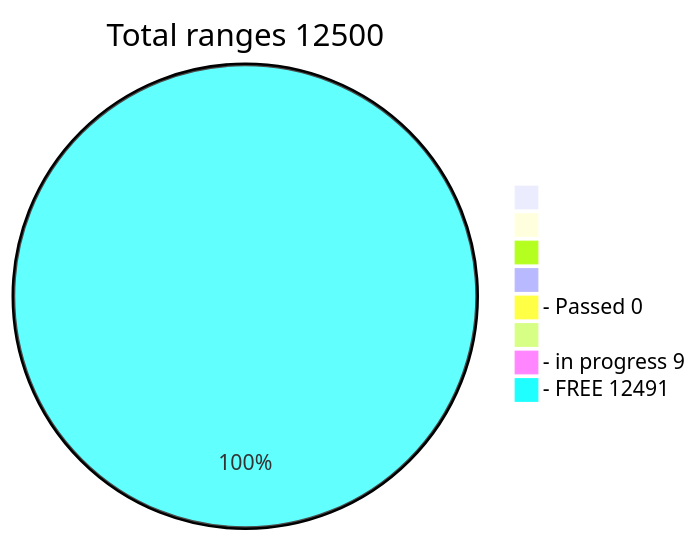
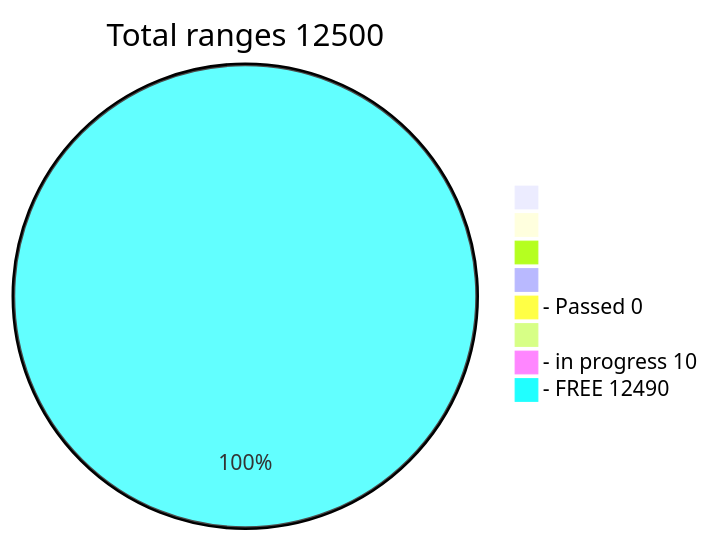
One commit to phrutis/Passphrases changed the diagram in README.md. Above: the diagram before and after it, drawn with Mermaid.

````diff
--- a/README.md
+++ b/README.md
@@ -3,12 +3,12 @@
 ```mermaid
 pie title Total ranges 12500
              " " : 0
             "  " : 0
            "   " : 0
           "    " : 0
   "- Passed 0" : 0
          "     " : 0
-  "- in progress 9" : 9
-   "- FREE 12491" : 12491
+  "- in progress 10" : 10
+   "- FREE 12490" : 12490
    
 ```
````
